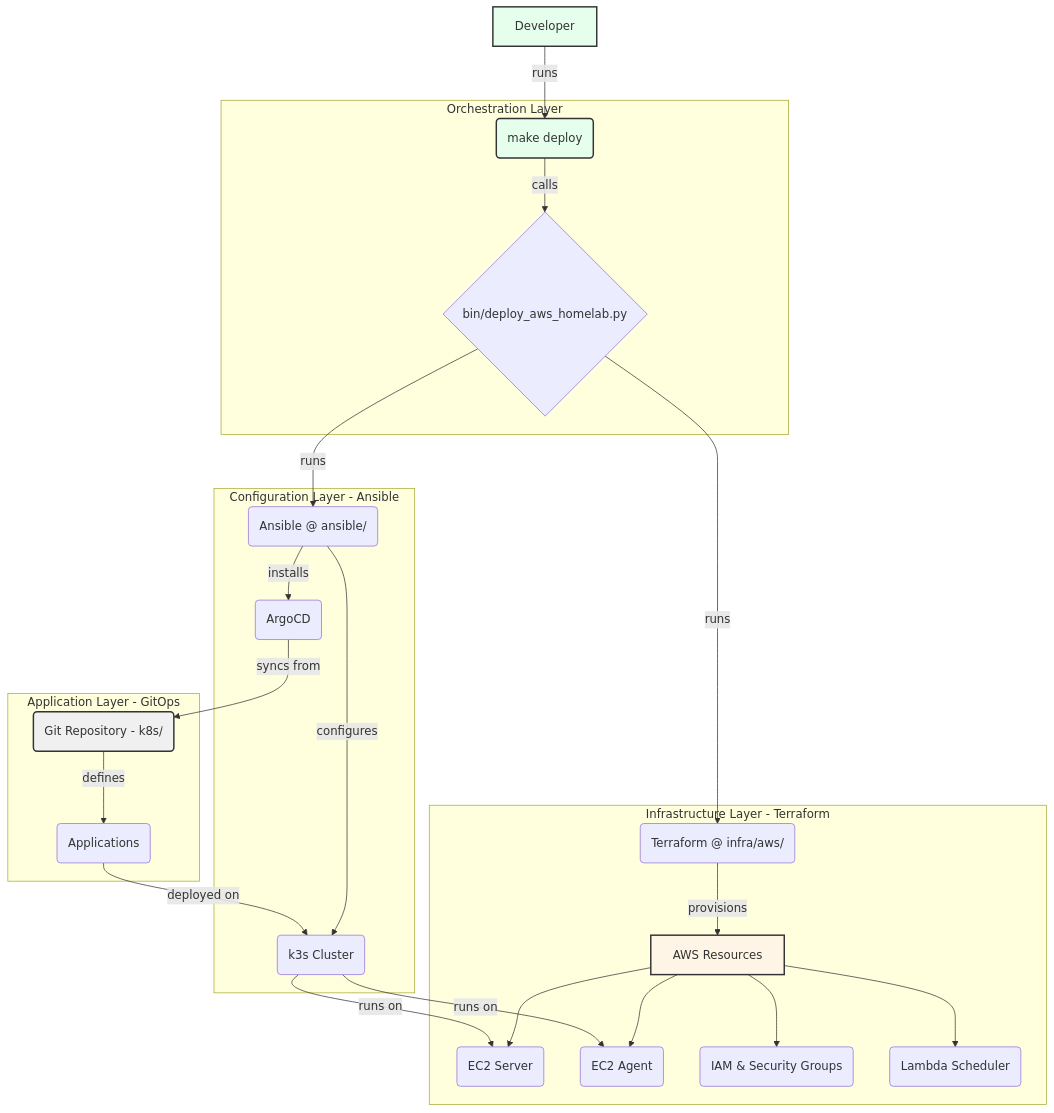
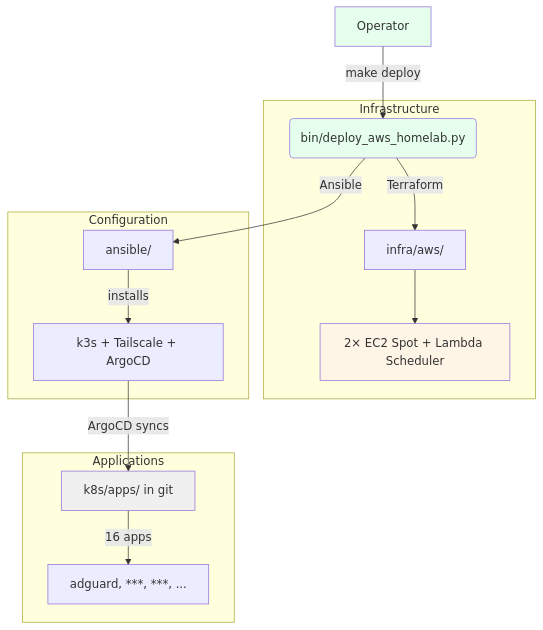
One commit to ariel-extending851/homelab changed the diagram in README.md. Above: the diagram before and after it, drawn with Mermaid. The commit also changed other lines of this file and 108 other files, not shown here.

````diff
--- a/README.md
+++ b/README.md
@@ -9,35 +9,24 @@
 ```mermaid
 graph TD
-    A[Developer] -- runs --> B(make deploy);
-    subgraph Orchestration Layer
-        B -- calls --> C{bin/deploy_aws_homelab.py};
+    A[Operator] -- make deploy --> B(bin/deploy_aws_homelab.py)
+
+    subgraph Infrastructure
+        B -- Terraform --> D[infra/aws/]
+        D --> E[2× EC2 Spot + Lambda Scheduler]
     end
 
-    subgraph Infrastructure Layer - Terraform
-        C -- runs --> D(Terraform @ infra/aws/);
-        D -- provisions --> E[AWS Resources];
-        E --> F(EC2 Server);
-        E --> G(EC2 Agent);
-        E --> H(IAM & Security Groups);
-        E --> I(Lambda Scheduler);
+    subgraph Configuration
+        B -- Ansible --> J[ansible/]
+        J -- installs --> K[k3s + Tailscale + ArgoCD]
     end
 
-    subgraph Configuration Layer - Ansible
-        C -- runs --> J(Ansible @ ansible/);
-        J -- configures --> K(k3s Cluster);
-        K -- runs on --> F;
-        K -- runs on --> G;
-        J -- installs --> L(ArgoCD);
+    subgraph Applications
+        K -- ArgoCD syncs --> M[k8s/apps/ in git]
+        M -- 16 apps --> N[adguard, ***, ***, ...]
     end
 
-    subgraph Application Layer - GitOps
-        L -- syncs from --> M(Git Repository - k8s/);
-        M -- defines --> N(Applications);
-        N -- deployed on --> K;
-    end
-
-    style A fill:#e6ffed,stroke:#333,stroke-width:2px
-    style B fill:#e6ffed,stroke:#333,stroke-width:2px
-    style M fill:#f0f0f0,stroke:#333,stroke-width:2px
-    style E fill:#fff5e6,stroke:#333,stroke-width:2px
+    style A fill:#e6ffed
+    style B fill:#e6ffed
+    style M fill:#f0f0f0
+    style E fill:#fff5e6
 ```
````
